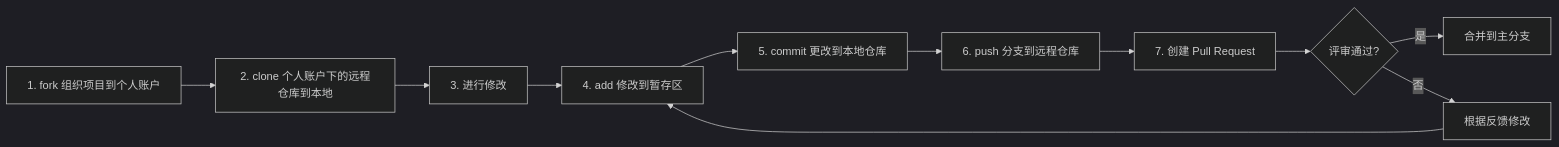
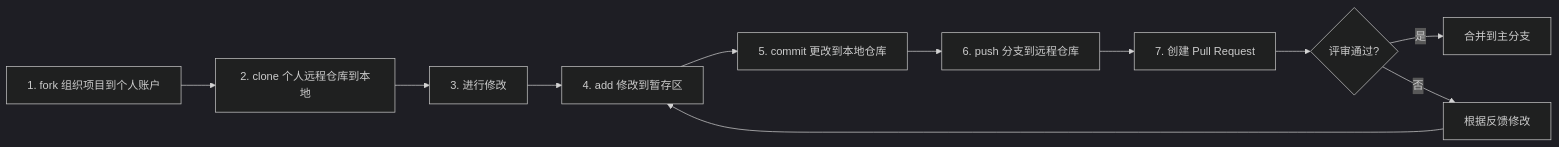
Before and after one commit to OpenHUTB/.github: the diagram in CONTRIBUTING.md, drawn with Mermaid (dark theme). The commit also changed other lines of this file, not shown here.

````diff
--- a/CONTRIBUTING.md
+++ b/CONTRIBUTING.md
@@ -16,13 +14,13 @@
 ```mermaid
 flowchart LR
-    A[1. fork 组织项目到个人账户] --> B[2. clone 个人账户下的远程仓库到本地]
+    A[1. fork 组织项目到个人账户] --> B[2. clone 个人远程仓库到本地]
     B --> C[3. 进行修改]
     C --> D[4. add 修改到暂存区]
     D --> E[5. commit 更改到本地仓库]
     E --> F[6. push 分支到远程仓库]
     F --> G[7. 创建 Pull Request]
     G --> H{评审通过?}
     H -->|是| I[合并到主分支]
     H -->|否| J[根据反馈修改]
     J --> D
 ```
````
